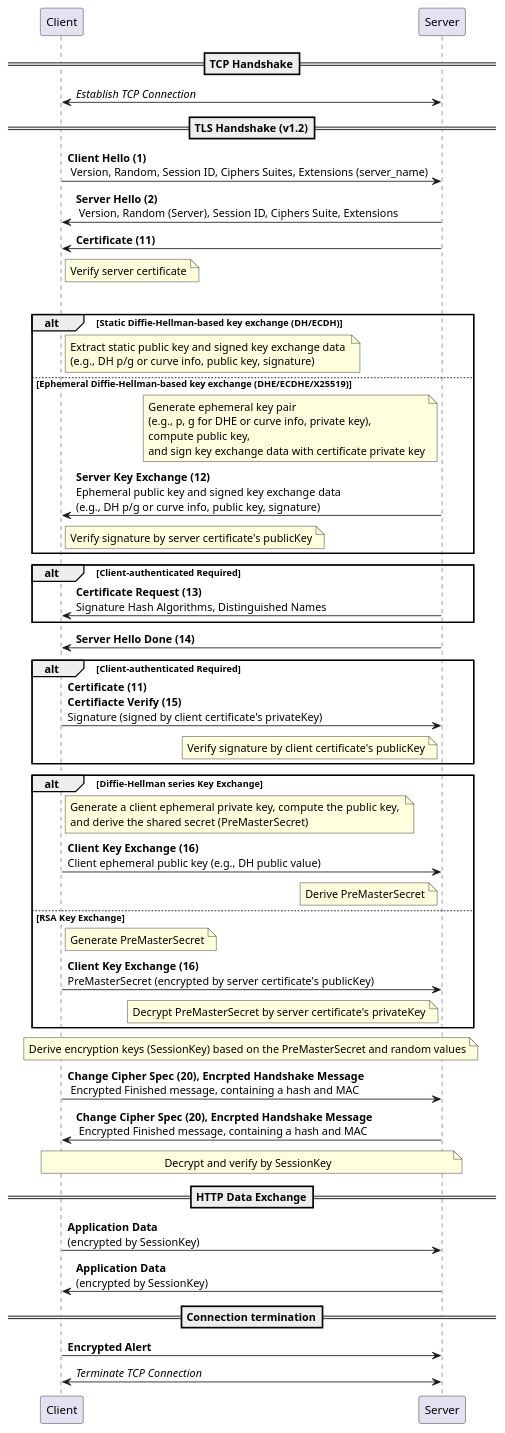
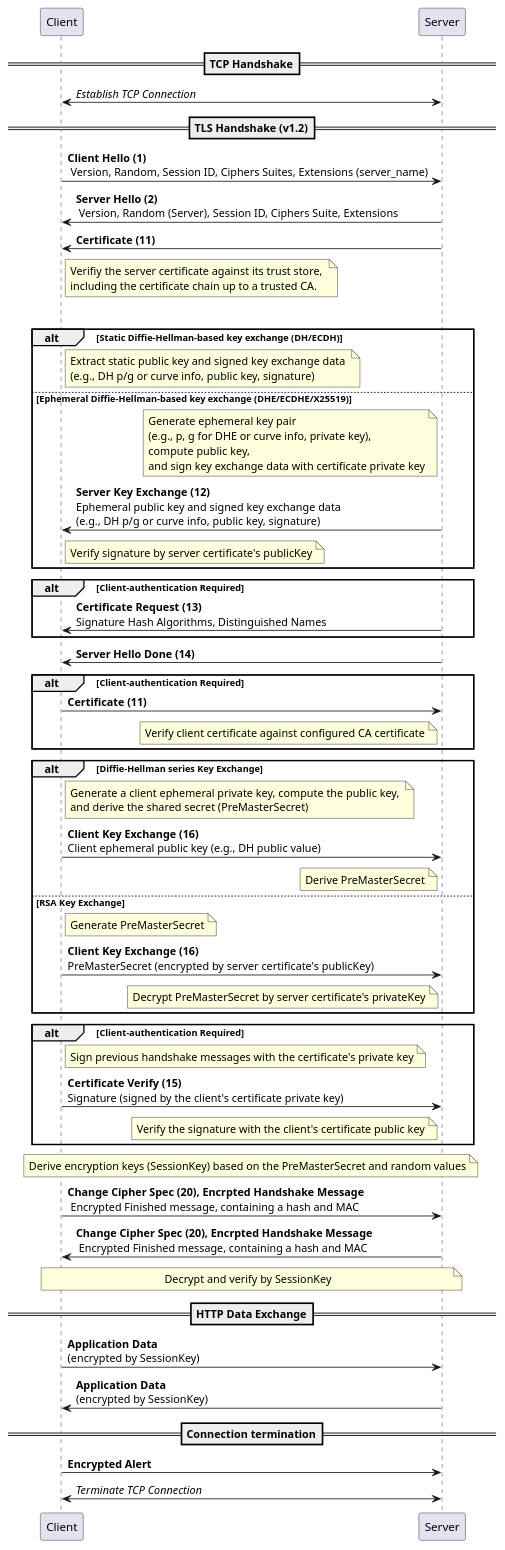
One commit to yidas/web-service-protocols changed the diagram in http/https-flow.plantuml. Above: the diagram before and after it, drawn with PlantUML.

```diff
--- a/http/https-flow.plantuml
+++ b/http/https-flow.plantuml
@@ -1,46 +1,51 @@
 @startuml
 participant "Client" as c
 participant "Server" as s
 ==TCP Handshake==
 c<->s: //Establish TCP Connection//
 ==TLS Handshake (v1.2)==
 c->s: **Client Hello (1)**\n Version, Random, Session ID, Ciphers Suites, Extensions (server_name)
 s->c: **Server Hello (2)**\n Version, Random (Server), Session ID, Ciphers Suite, Extensions
 s->c: **Certificate (11)**
-note right c: Verify server certificate
+note right c: Verifiy the server certificate against its trust store, \nincluding the certificate chain up to a trusted CA.
 alt Diffie-Hellman series Key Exchange
   alt Static Diffie-Hellman-based key exchange (DH/ECDH)
     note right c: Extract static public key and signed key exchange data \n(e.g., DH p/g or curve info, public key, signature)
   else Ephemeral Diffie-Hellman-based key exchange (DHE/ECDHE/X25519)
     note left s: Generate ephemeral key pair \n(e.g., p, g for DHE or curve info, private key), \ncompute public key, \nand sign key exchange data with certificate private key
     s->c: **Server Key Exchange (12)** \nEphemeral public key and signed key exchange data \n(e.g., DH p/g or curve info, public key, signature)
   note right c: Verify signature by server certificate's publicKey
 end
-alt Client-authenticated Required
+alt Client-authentication Required
   s->c: **Certificate Request (13)** \nSignature Hash Algorithms, Distinguished Names
 end
 s->c: **Server Hello Done (14)**
-alt Client-authenticated Required
-  c->s: **Certificate (11)** \n**Certifiacte Verify (15)**\nSignature (signed by client certificate's privateKey)
-  note left s: Verify signature by client certificate's publicKey
+alt Client-authentication Required
+  c->s: **Certificate (11)**
+  note left of s: Verify client certificate against configured CA certificate
 end
 alt Diffie-Hellman series Key Exchange
   note right c: Generate a client ephemeral private key, compute the public key, \nand derive the shared secret (PreMasterSecret)
   c->s: **Client Key Exchange (16)** \nClient ephemeral public key (e.g., DH public value)
   note left s: Derive PreMasterSecret
 else RSA Key Exchange
   note right c: Generate PreMasterSecret
   c->s: **Client Key Exchange (16)** \nPreMasterSecret (encrypted by server certificate's publicKey)
   note left s: Decrypt PreMasterSecret by server certificate's privateKey
+end
+alt Client-authentication Required
+  note right of c: Sign previous handshake messages with the certificate's private key
+  c -> s: **Certificate Verify (15)**\nSignature (signed by the client's certificate private key)
+  note left of s: Verify the signature with the client's certificate public key
 end
 note over c, s: Derive encryption keys (SessionKey) based on the PreMasterSecret and random values
 c->s: **Change Cipher Spec (20), Encrpted Handshake Message**\n Encrypted Finished message, containing a hash and MAC
 s->c: **Change Cipher Spec (20), Encrpted Handshake Message**\n Encrypted Finished message, containing a hash and MAC
 note over c, s: Decrypt and verify by SessionKey
 ==HTTP Data Exchange==
 c->s: **Application Data** \n(encrypted by SessionKey)
 s->c: **Application Data** \n(encrypted by SessionKey)
 ==Connection termination==
 c->s: **Encrypted Alert**
 c<->s: //Terminate TCP Connection//
 @enduml
```
